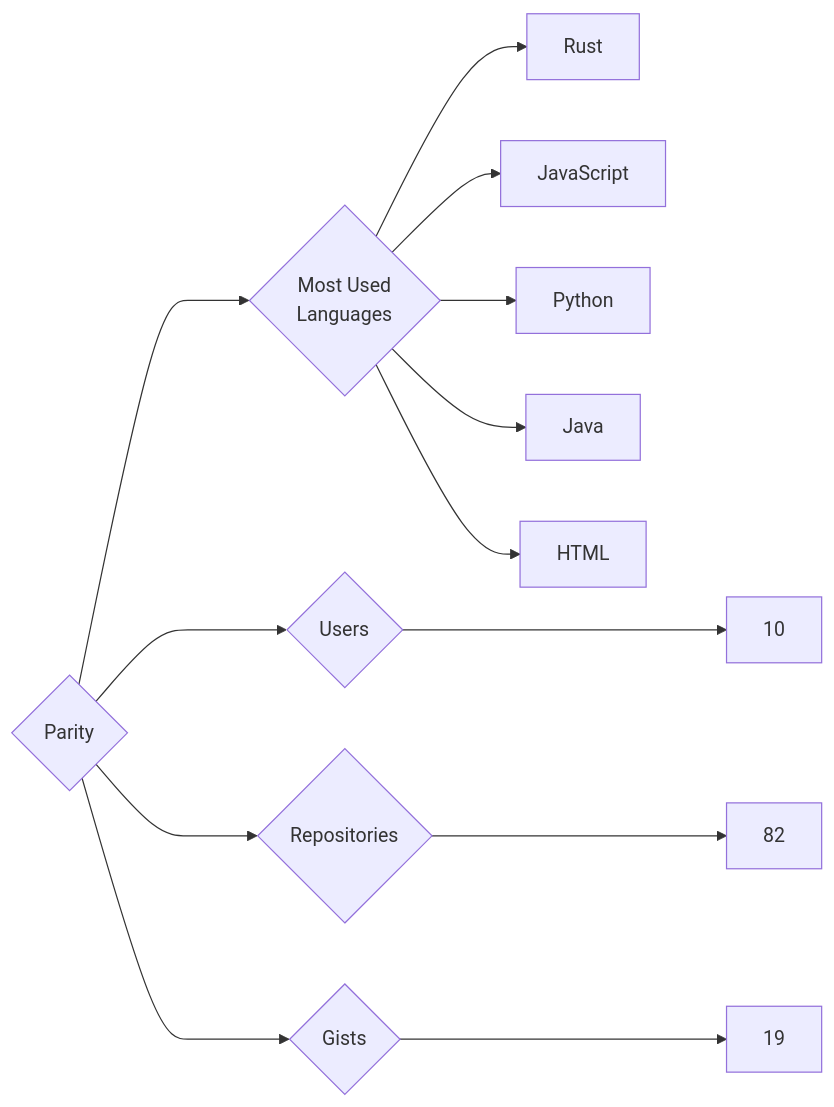
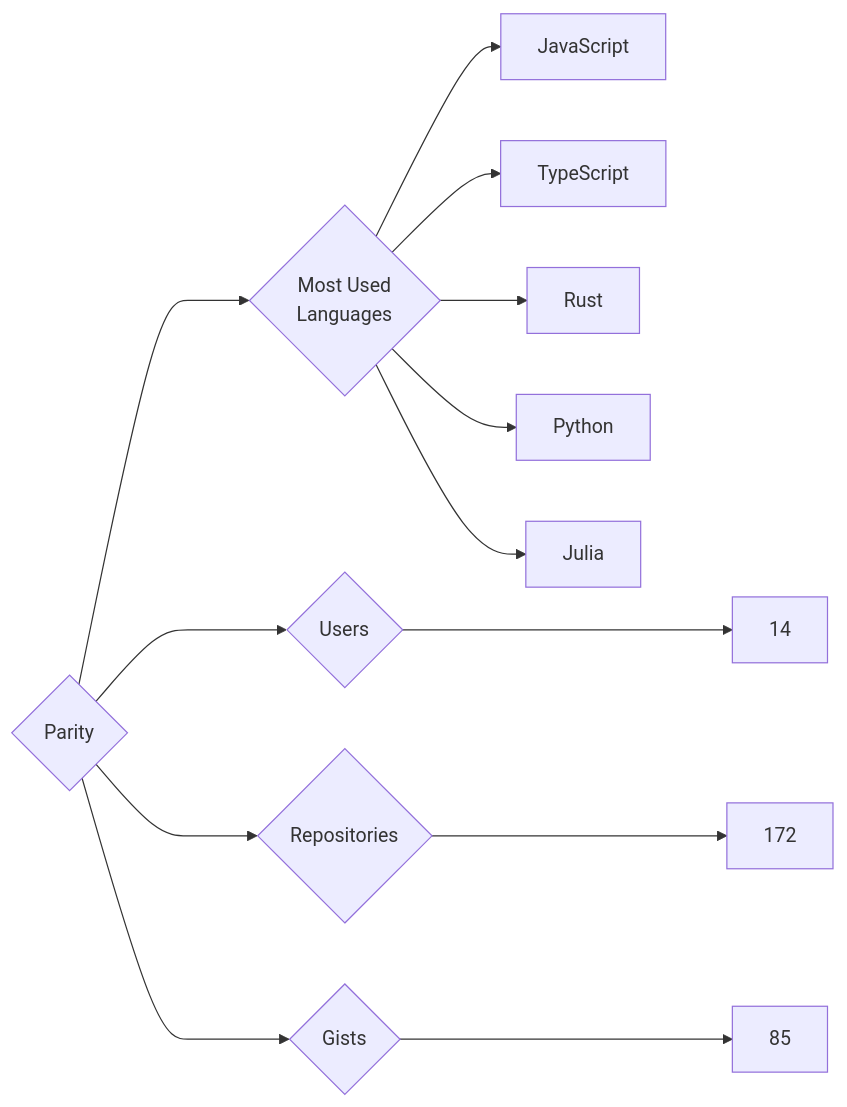
The diagram in targets/Parity/README.md (trickest/insiders), drawn with Mermaid before and after one commit. The commit also changed 794 other files, not shown here.

````diff
--- a/targets/Parity/README.md
+++ b/targets/Parity/README.md
@@ -3,13 +3,13 @@
 ```mermaid
 graph LR
 COMPANY_NAME{Parity}
-COMPANY_NAME ---> U{Users} ---> UN[10]
-COMPANY_NAME ---> R{Repositories} ---> RN[82]
-COMPANY_NAME ---> G{Gists} ---> GN[19]
+COMPANY_NAME ---> U{Users} ---> UN[14]
+COMPANY_NAME ---> R{Repositories} ---> RN[172]
+COMPANY_NAME ---> G{Gists} ---> GN[85]
 COMPANY_NAME ---> ML{Most Used<br>Languages}
+ML --> JavaScript[JavaScript]
+ML --> TypeScript[TypeScript]
 ML --> Rust[Rust]
-ML --> JavaScript[JavaScript]
 ML --> Python[Python]
-ML --> Java[Java]
-ML --> HTML[HTML]
+ML --> Julia[Julia]
 ```
````
